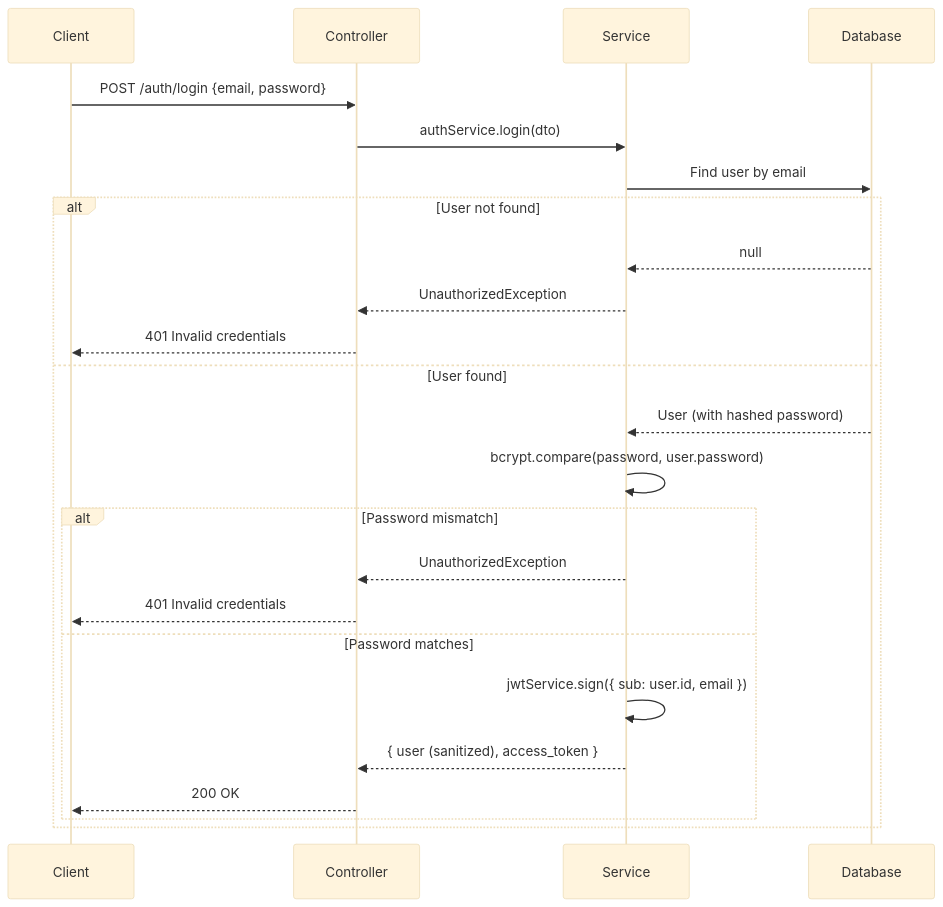
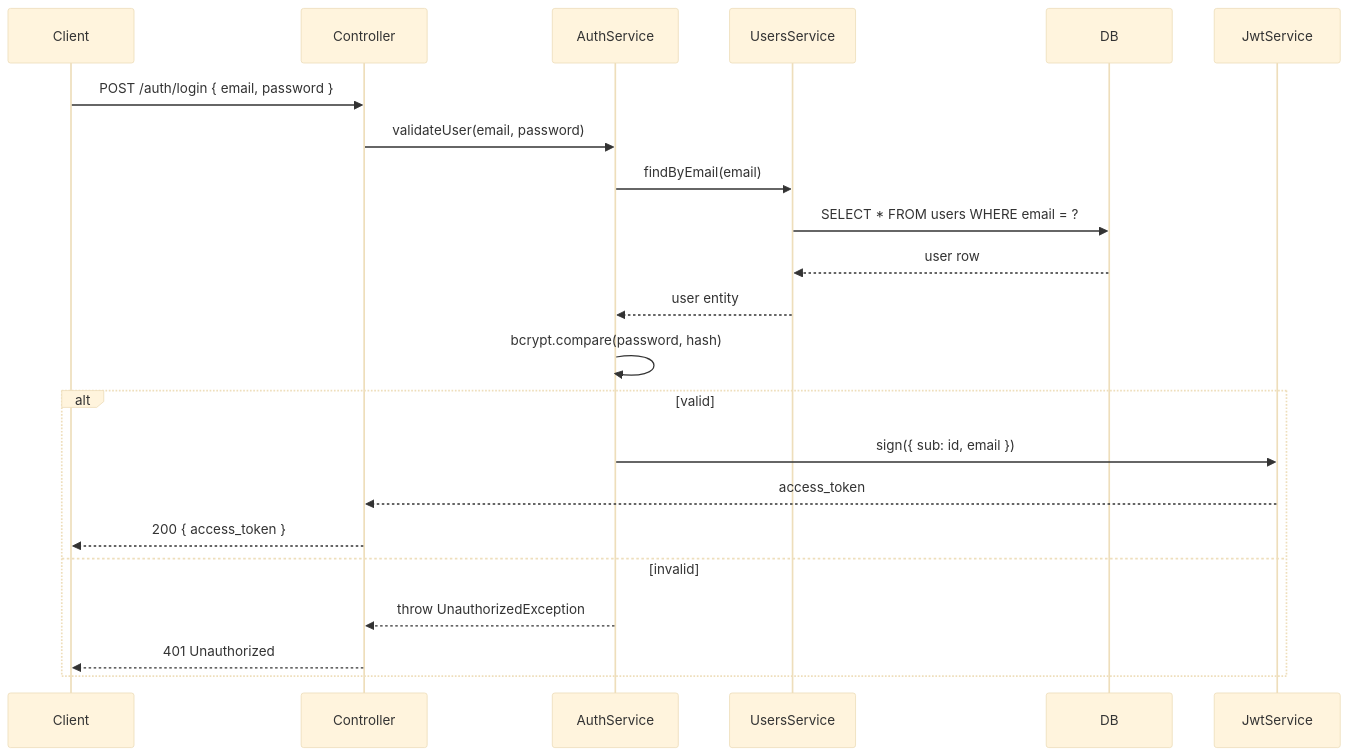
The fourth of 5 diagrams in README.md (Jason-Gitau/ecommerce_api), drawn with Mermaid (base theme) before and after one commit. The commit also changed other lines of this file and 1 other file, not shown here.

Commit message:
docs: add README and auth module documentation

````diff
--- a/README.md
+++ b/README.md
@@ -77,27 +130,25 @@
 ```mermaid
 sequenceDiagram
     participant Client
     participant Controller
-    participant Service
-    participant Database
+    participant AuthService
+    participant UsersService
+    participant DB
+    participant JwtService
 
-    Client->>Controller: POST /auth/login {email, password}
-    Controller->>Service: authService.login(dto)
-    Service->>Database: Find user by email
-    alt User not found
-        Database-->>Service: null
-        Service-->>Controller: UnauthorizedException
-        Controller-->>Client: 401 Invalid credentials
-    else User found
-        Database-->>Service: User (with hashed password)
-        Service->>Service: bcrypt.compare(password, user.password)
-        alt Password mismatch
-            Service-->>Controller: UnauthorizedException
-            Controller-->>Client: 401 Invalid credentials
-        else Password matches
-            Service->>Service: jwtService.sign({ sub: user.id, email })
-            Service-->>Controller: { user (sanitized), access_token }
-            Controller-->>Client: 200 OK
-        end
+    Client->>Controller: POST /auth/login { email, password }
+    Controller->>AuthService: validateUser(email, password)
+    AuthService->>UsersService: findByEmail(email)
+    UsersService->>DB: SELECT * FROM users WHERE email = ?
+    DB-->>UsersService: user row
+    UsersService-->>AuthService: user entity
+    AuthService->>AuthService: bcrypt.compare(password, hash)
+    alt valid
+        AuthService->>JwtService: sign({ sub: id, email })
+        JwtService-->>Controller: access_token
+        Controller-->>Client: 200 { access_token }
+    else invalid
+        AuthService-->>Controller: throw UnauthorizedException
+        Controller-->>Client: 401 Unauthorized
     end
 ```
````
